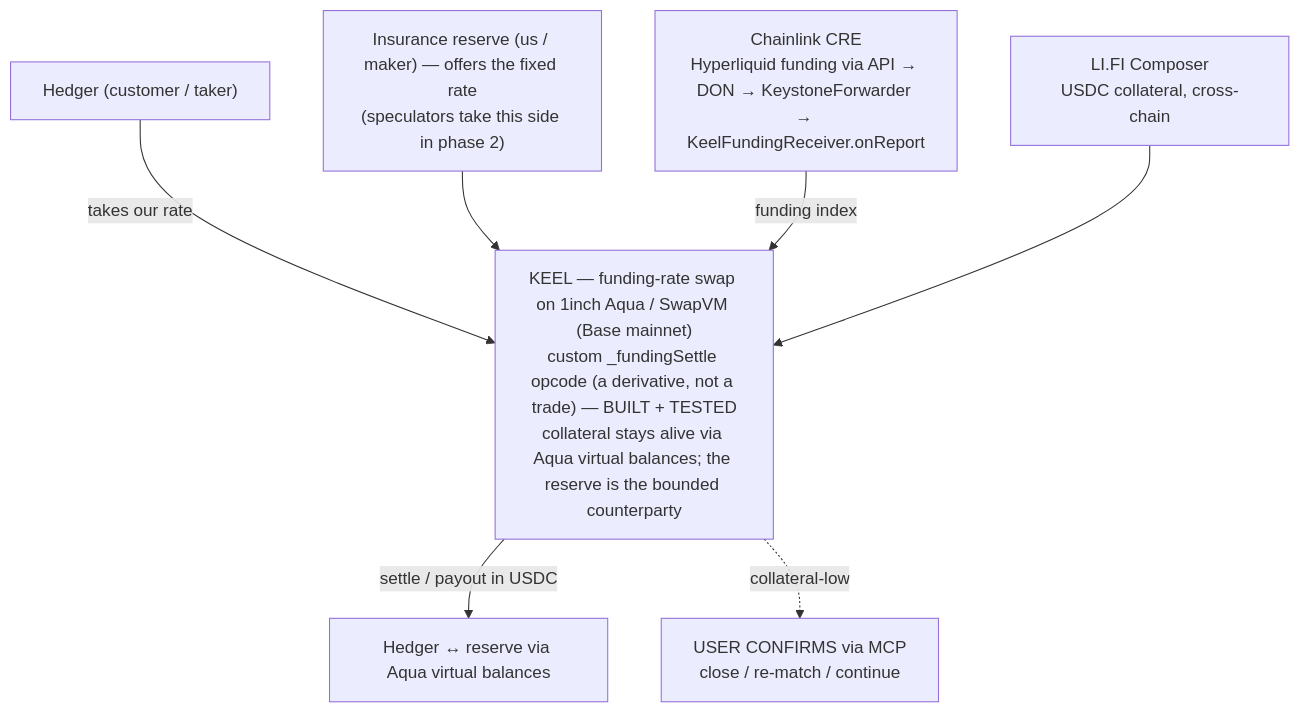
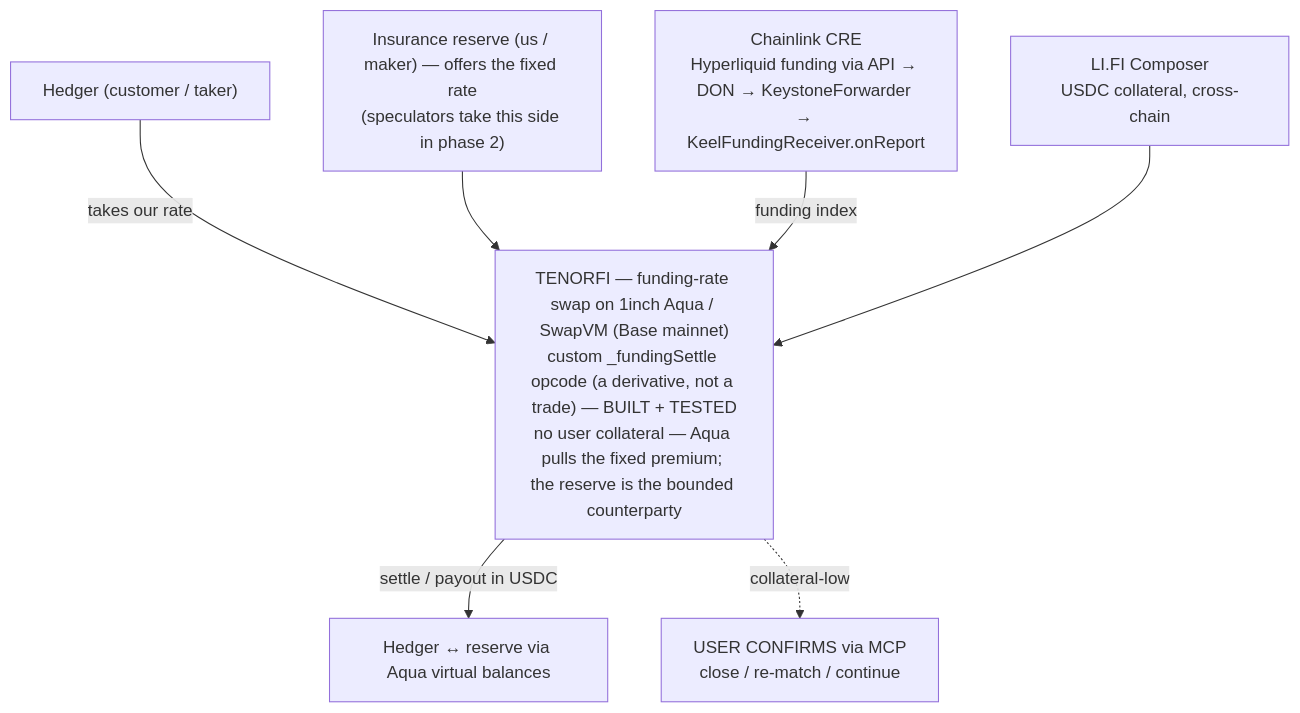
The first of 2 diagrams in docs/design-doc.md (0xYudhishthra/TenorFi), drawn with Mermaid before and after one commit. The commit also changed other lines of this file and 6 other files, not shown here.

First line of the commit message:
docs: rebrand Keel → TenorFi + reframe narrative as the interest-rate swap for perps

````diff
--- a/docs/design-doc.md
+++ b/docs/design-doc.md
@@ -103,10 +117,10 @@
 ```mermaid
 flowchart TB
-    HEDGER["Hedger (customer / taker)"] -->|takes our rate| KEEL
-    RESERVE["Insurance reserve (us / maker) — offers the fixed rate<br/>(speculators take this side in phase 2)"] --> KEEL
-    CRE["Chainlink CRE<br/>Hyperliquid funding via API → DON → KeystoneForwarder → KeelFundingReceiver.onReport"] -->|funding index| KEEL
-    LIFI["LI.FI Composer<br/>USDC collateral, cross-chain"] --> KEEL
-    KEEL["KEEL — funding-rate swap on 1inch Aqua / SwapVM (Base mainnet)<br/>custom _fundingSettle opcode (a derivative, not a trade) — BUILT + TESTED<br/>collateral stays alive via Aqua virtual balances; the reserve is the bounded counterparty"]
-    KEEL -->|settle / payout in USDC| OUT["Hedger ↔ reserve via Aqua virtual balances"]
-    KEEL -.->|collateral-low| BRINK["USER CONFIRMS via MCP<br/>close / re-match / continue"]
+    HEDGER["Hedger (customer / taker)"] -->|takes our rate| TENORFI
+    RESERVE["Insurance reserve (us / maker) — offers the fixed rate<br/>(speculators take this side in phase 2)"] --> TENORFI
+    CRE["Chainlink CRE<br/>Hyperliquid funding via API → DON → KeystoneForwarder → KeelFundingReceiver.onReport"] -->|funding index| TENORFI
+    LIFI["LI.FI Composer<br/>USDC collateral, cross-chain"] --> TENORFI
+    TENORFI["TENORFI — funding-rate swap on 1inch Aqua / SwapVM (Base mainnet)<br/>custom _fundingSettle opcode (a derivative, not a trade) — BUILT + TESTED<br/>no user collateral — Aqua pulls the fixed premium; the reserve is the bounded counterparty"]
+    TENORFI -->|settle / payout in USDC| OUT["Hedger ↔ reserve via Aqua virtual balances"]
+    TENORFI -.->|collateral-low| BRINK["USER CONFIRMS via MCP<br/>close / re-match / continue"]
 ```
````
